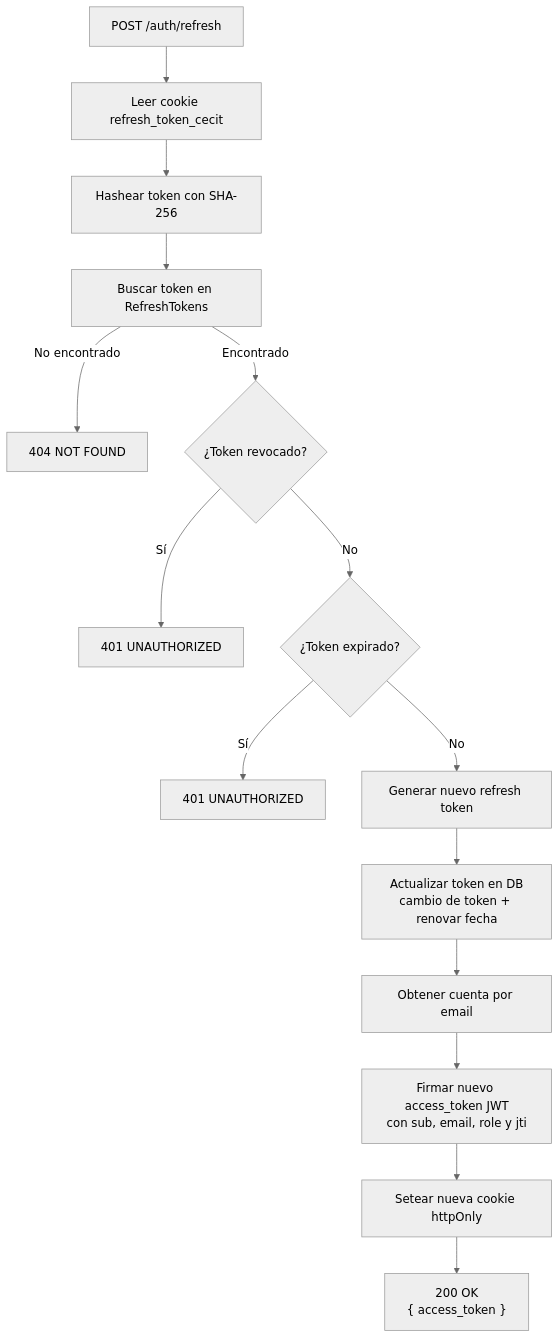
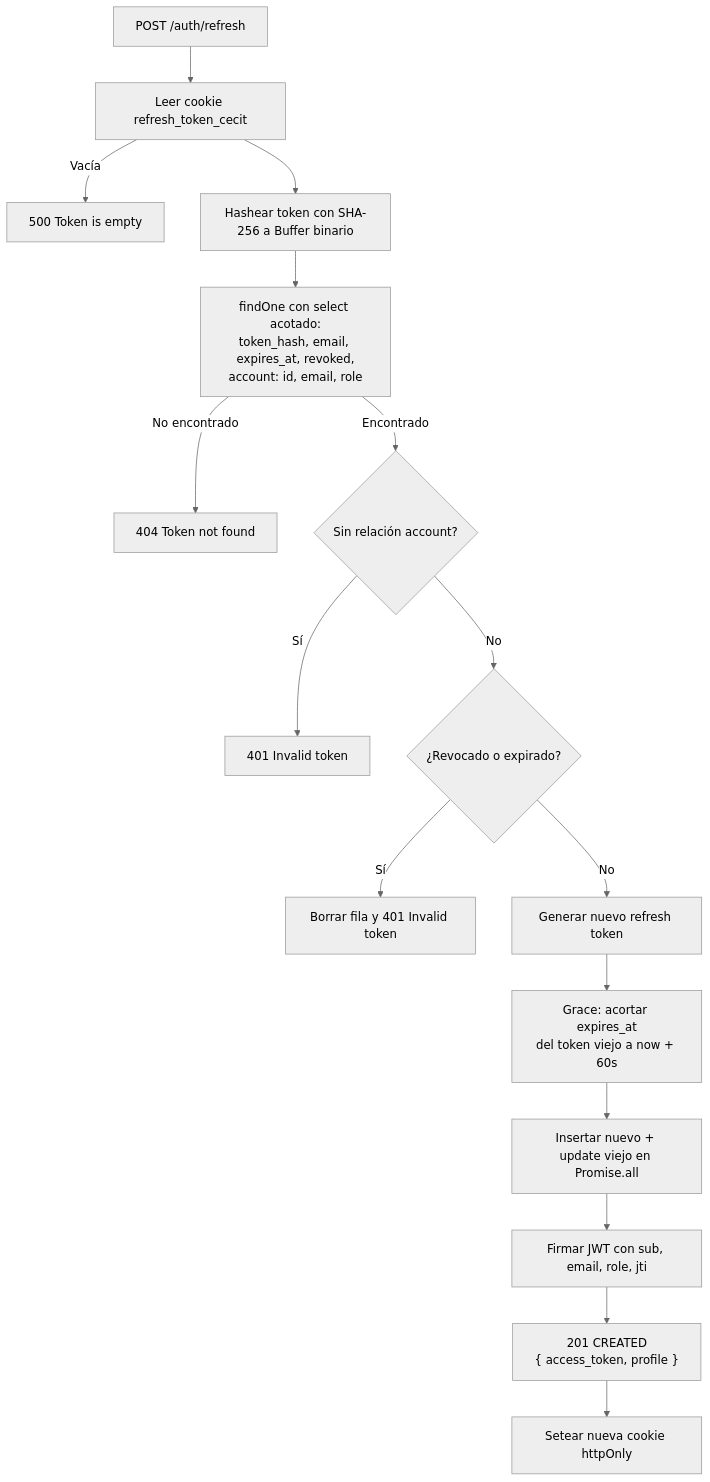
Before and after one commit to FedeLupianez/cecit-backend: the third of 10 diagrams in docs/tecnical/auth.md, drawn with Mermaid (neutral theme). The commit also changed other lines of this file and 24 other files, not shown here.

````diff
--- a/docs/tecnical/auth.md
+++ b/docs/tecnical/auth.md
@@ -139,17 +173,18 @@
 ```mermaid
 flowchart TD
     A[POST /auth/refresh] --> B[Leer cookie refresh_token_cecit]
-    B --> C[Hashear token con SHA-256]
-    C --> D[Buscar token en RefreshTokens]
-    D -->|No encontrado| E[404 NOT FOUND]
-    D -->|Encontrado| F{¿Token revocado?}
-    F -->|Sí| G[401 UNAUTHORIZED]
-    F -->|No| H{¿Token expirado?}
-    H -->|Sí| I[401 UNAUTHORIZED]
+    B -->|Vacía| E1[500 Token is empty]
+    B --> C[Hashear token con SHA-256 a Buffer binario]
+    C --> D["findOne con select acotado:<br/>token_hash, email, expires_at, revoked,<br/>account: id, email, role"]
+    D -->|No encontrado| E[404 Token not found]
+    D -->|Encontrado| F{Sin relación account?}
+    F -->|Sí| G[401 Invalid token]
+    F -->|No| H{¿Revocado o expirado?}
+    H -->|Sí| I["Borrar fila y 401 Invalid token"]
     H -->|No| J[Generar nuevo refresh token]
-    J --> K["Actualizar token en DB<br/>cambio de token + renovar fecha"]
-    K --> L[Obtener cuenta por email]
-    L --> M["Firmar nuevo access_token JWT<br/>con sub, email, role y jti"]
-    M --> N[Setear nueva cookie httpOnly]
-    N --> O["200 OK<br/>{ access_token }"]
+    J --> K["Grace: acortar expires_at<br/>del token viejo a now + 60s"]
+    K --> L[Insertar nuevo + update viejo en Promise.all]
+    L --> M["Firmar JWT con sub, email, role, jti"]
+    M --> N["201 CREATED<br/>{ access_token, profile }"]
+    N --> O[Setear nueva cookie httpOnly]
 ```
````
